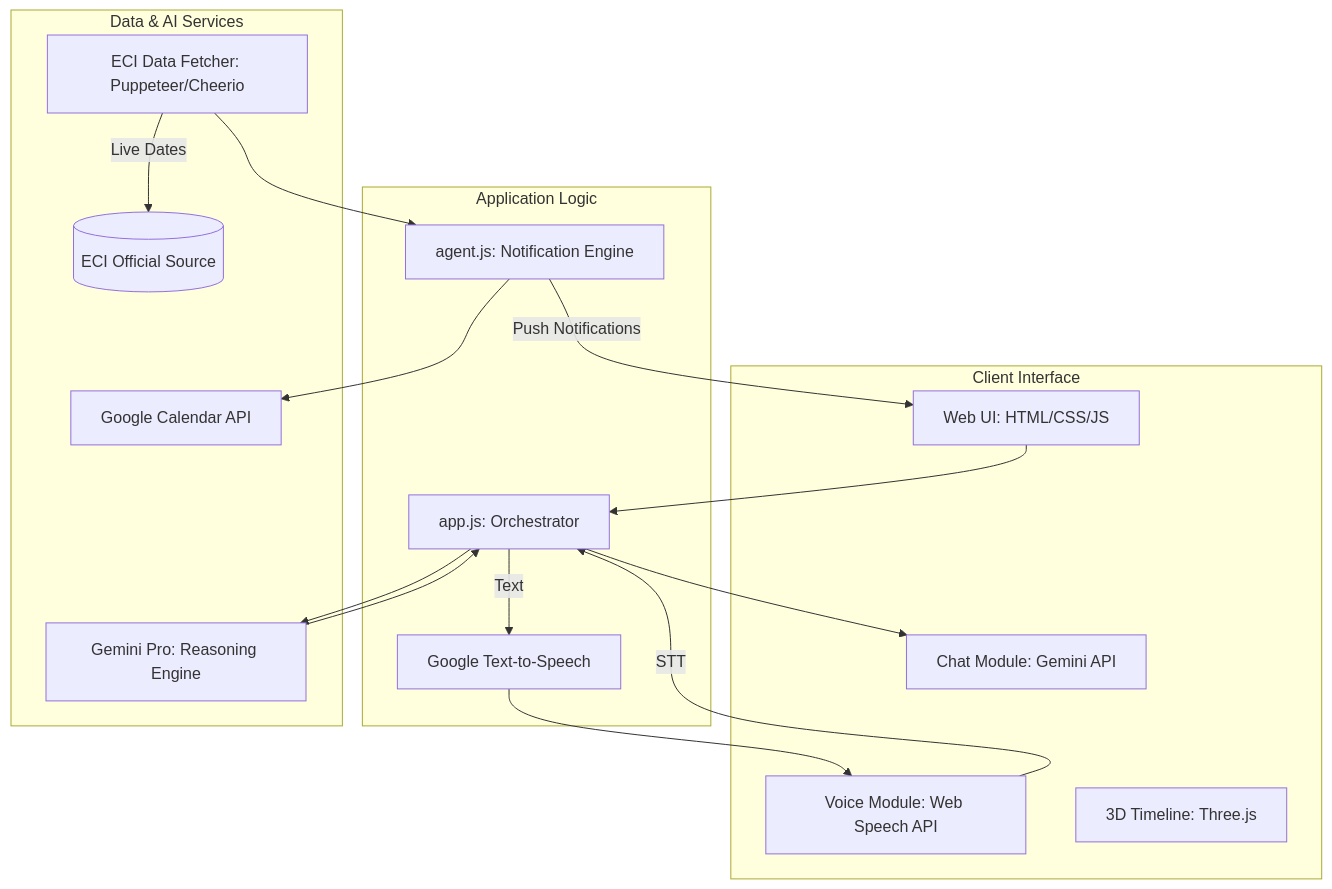
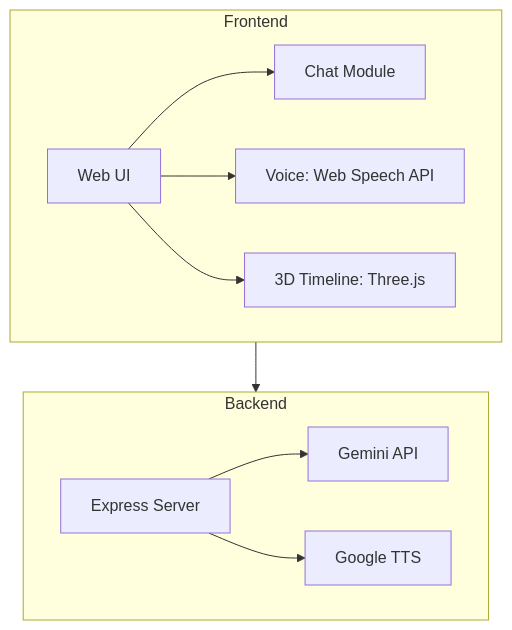
The diagram in README.md (madhesh60/PromptWars_ElectionAssistant), drawn with Mermaid before and after one commit. The commit also changed other lines of this file and 8 other files, not shown here.

````diff
--- a/README.md
+++ b/README.md
@@ -8,34 +19,13 @@
 ```mermaid
 graph TD
-    subgraph Client_Layer [Client Interface]
-        UI[Web UI: HTML/CSS/JS]
-        Voice[Voice Module: Web Speech API]
-        Chat[Chat Module: Gemini API]
-        Timeline[3D Timeline: Three.js]
+    subgraph Frontend
+        UI[Web UI] --> Chat[Chat Module]
+        UI --> Voice[Voice: Web Speech API]
+        UI --> Timeline[3D Timeline: Three.js]
     end
-
-    subgraph Logic_Layer [Application Logic]
-        Coordinator[app.js: Orchestrator]
-        Agent[agent.js: Notification Engine]
-        TTS[Google Text-to-Speech]
+    subgraph Backend
+        Server[Express Server] --> Gemini[Gemini API]
+        Server --> TTS[Google TTS]
     end
-
-    subgraph Data_Layer [Data & AI Services]
-        LLM[Gemini Pro: Reasoning Engine]
-        Scraper[ECI Data Fetcher: Puppeteer/Cheerio]
-        Calendar[Google Calendar API]
-        ECI[(ECI Official Source)]
-    end
-
-    UI --> Coordinator
-    Voice -->|STT| Coordinator
-    Coordinator --> LLM
-    LLM --> Coordinator
-    Coordinator -->|Text| TTS
-    TTS --> Voice
-    Coordinator --> Chat
-    Scraper -->|Live Dates| ECI
-    Scraper --> Agent
-    Agent -->|Push Notifications| UI
-    Agent --> Calendar
+    Frontend --> Backend
 ```
````
